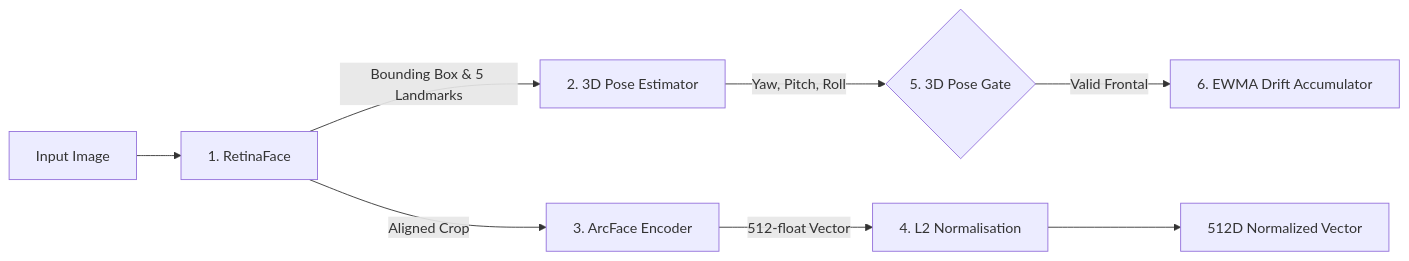
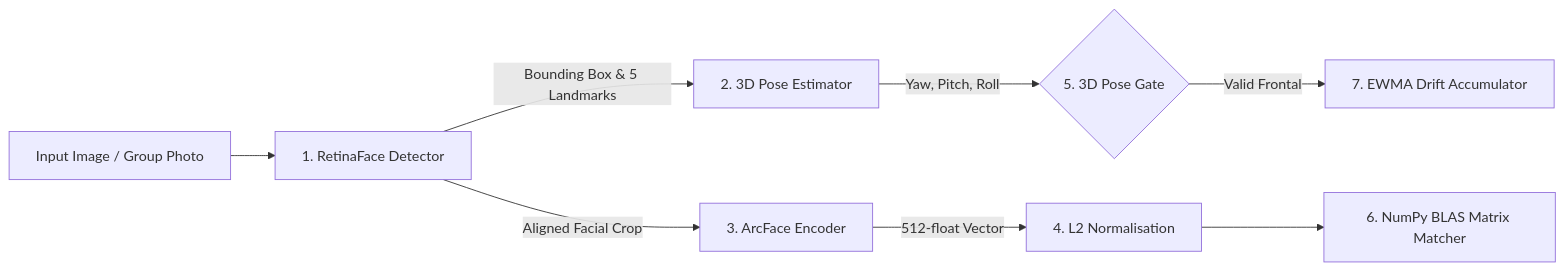
The diagram in docs/ml_pipeline.md (ArnavPundir22/Face-Attendance-System-Web-Version), drawn with Mermaid before and after one commit. The commit also changed other lines of this file and 7 other files, not shown here.

Commit message:
docs: update comprehensive project documentation hub and architecture guides

````diff
--- a/docs/ml_pipeline.md
+++ b/docs/ml_pipeline.md
@@ -11,10 +11,10 @@
 ```mermaid
 graph LR
-    Input[Input Image] --> Retina[1. RetinaFace]
+    Input[Input Image / Group Photo] --> Retina[1. RetinaFace Detector]
     Retina --> |Bounding Box & 5 Landmarks| Pose[2. 3D Pose Estimator]
-    Retina --> |Aligned Crop| Arc[3. ArcFace Encoder]
+    Retina --> |Aligned Facial Crop| Arc[3. ArcFace Encoder]
     Arc --> |512-float Vector| L2[4. L2 Normalisation]
     Pose --> |Yaw, Pitch, Roll| Gate{5. 3D Pose Gate}
-    L2 --> Vector[512D Normalized Vector]
-    Gate --> |Valid Frontal| Drift[6. EWMA Drift Accumulator]
+    L2 --> Matrix[6. NumPy BLAS Matrix Matcher]
+    Gate --> |Valid Frontal| Drift[7. EWMA Drift Accumulator]
 ```
````
